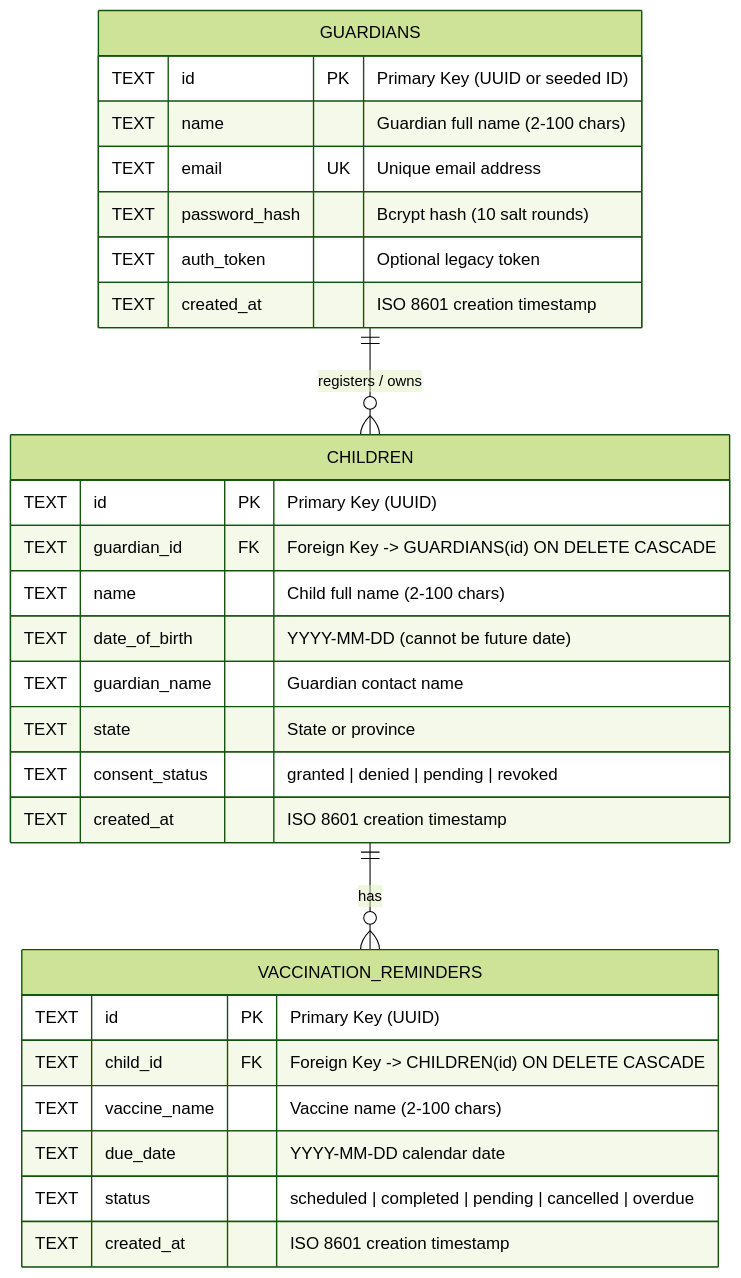
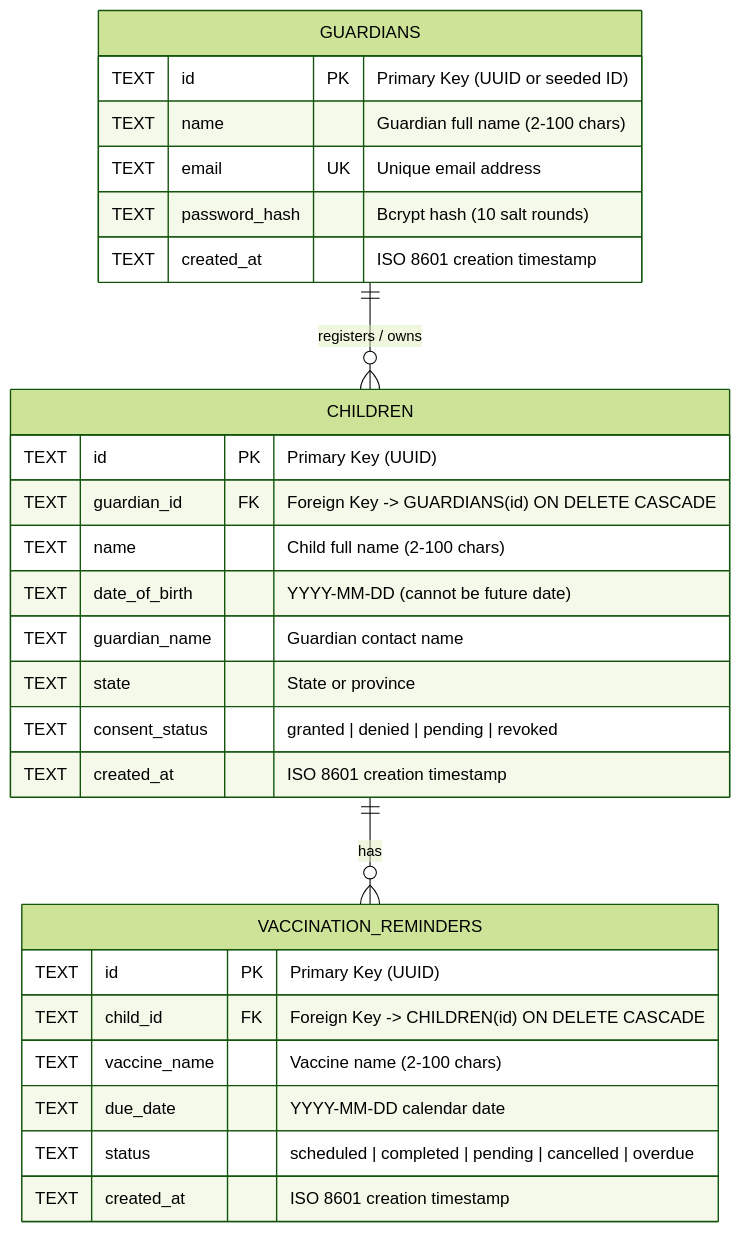
Before and after one commit to shivanshu-singh-dev/ChildHealthAPI: the diagram in README.md, drawn with Mermaid (forest theme).

Commit message:
Update README: Correct the ER diagram

````diff
--- a/README.md
+++ b/README.md
@@ -61,34 +61,33 @@
 ```mermaid
 erDiagram
     GUARDIANS ||--o{ CHILDREN : "registers / owns"
     CHILDREN ||--o{ VACCINATION_REMINDERS : "has"
 
     GUARDIANS {
         TEXT id PK "Primary Key (UUID or seeded ID)"
         TEXT name "Guardian full name (2-100 chars)"
         TEXT email UK "Unique email address"
         TEXT password_hash "Bcrypt hash (10 salt rounds)"
-        TEXT auth_token "Optional legacy token"
         TEXT created_at "ISO 8601 creation timestamp"
     }
 
     CHILDREN {
         TEXT id PK "Primary Key (UUID)"
         TEXT guardian_id FK "Foreign Key -> GUARDIANS(id) ON DELETE CASCADE"
         TEXT name "Child full name (2-100 chars)"
         TEXT date_of_birth "YYYY-MM-DD (cannot be future date)"
         TEXT guardian_name "Guardian contact name"
         TEXT state "State or province"
         TEXT consent_status "granted | denied | pending | revoked"
         TEXT created_at "ISO 8601 creation timestamp"
     }
 
     VACCINATION_REMINDERS {
         TEXT id PK "Primary Key (UUID)"
         TEXT child_id FK "Foreign Key -> CHILDREN(id) ON DELETE CASCADE"
         TEXT vaccine_name "Vaccine name (2-100 chars)"
         TEXT due_date "YYYY-MM-DD calendar date"
         TEXT status "scheduled | completed | pending | cancelled | overdue"
         TEXT created_at "ISO 8601 creation timestamp"
     }
 ```
````
